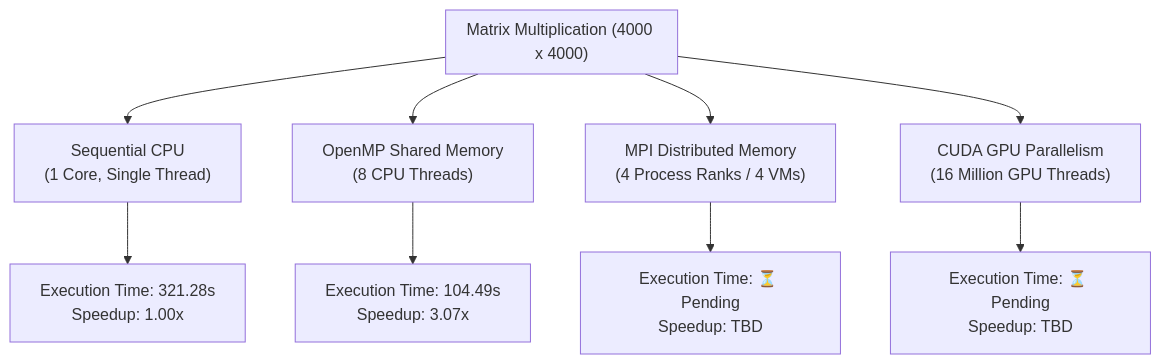
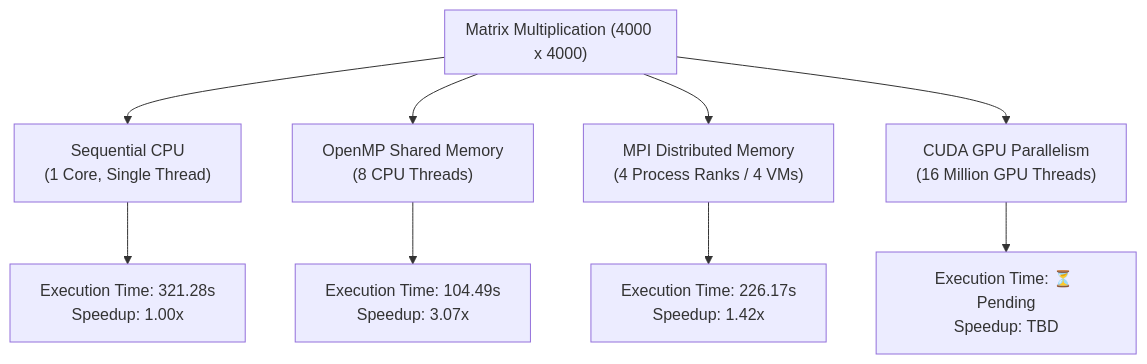
One commit to manasa-vasare/PGC-lab1 changed the second of 2 diagrams in README.md. Above: the diagram before and after it, drawn with Mermaid. The commit also changed other lines of this file and 7 other files, not shown here.

Commit message:
Add MPI results and restore to charts

````diff
--- a/README.md
+++ b/README.md
@@ -67,15 +67,15 @@
 ```mermaid
 flowchart TD
     subgraph Workload ["Matrix Multiplication (4000 x 4000)"]
     end
 
     Workload --> Seq["Sequential CPU<br/>(1 Core, Single Thread)"]
     Workload --> OMP["OpenMP Shared Memory<br/>(8 CPU Threads)"]
     Workload --> MPI["MPI Distributed Memory<br/>(4 Process Ranks / 4 VMs)"]
     Workload --> CUDA["CUDA GPU Parallelism<br/>(16 Million GPU Threads)"]
 
     Seq --> Res1["Execution Time: 321.28s<br/>Speedup: 1.00x"]
     OMP --> Res2["Execution Time: 104.49s<br/>Speedup: 3.07x"]
-    MPI --> Res3["Execution Time: ⏳ Pending<br/>Speedup: TBD"]
+    MPI --> Res3["Execution Time: 226.17s<br/>Speedup: 1.42x"]
     CUDA --> Res4["Execution Time: ⏳ Pending<br/>Speedup: TBD"]
 ```
````
